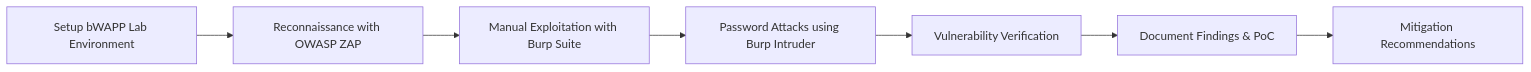
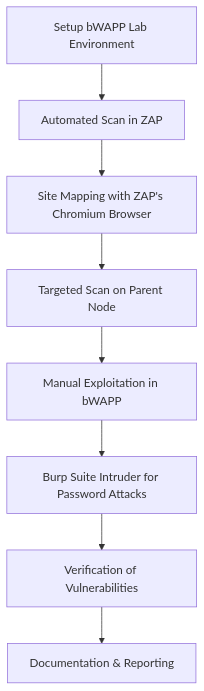
Before and after one commit to Fathijem/FUTURE_CS_01: the diagram in README.md, drawn with Mermaid. The commit also changed other lines of this file, not shown here.

````diff
--- a/README.md
+++ b/README.md
@@ -79,9 +113,10 @@
 ```mermaid
-flowchart LR
-    A[Setup bWAPP Lab Environment] --> B[Reconnaissance with OWASP ZAP]
-    B --> C[Manual Exploitation with Burp Suite]
-    C --> D[Password Attacks using Burp Intruder]
-    D --> E[Vulnerability Verification]
-    E --> F[Document Findings & PoC]
-    F --> G[Mitigation Recommendations]
+flowchart TD
+    A[Setup bWAPP Lab Environment] --> B[Automated Scan in ZAP]
+    B --> C[Site Mapping with ZAP's Chromium Browser]
+    C --> D[Targeted Scan on Parent Node]
+    D --> E[Manual Exploitation in bWAPP]
+    E --> F[Burp Suite Intruder for Password Attacks]
+    F --> G[Verification of Vulnerabilities]
+    G --> H[Documentation & Reporting]
 ```
````
